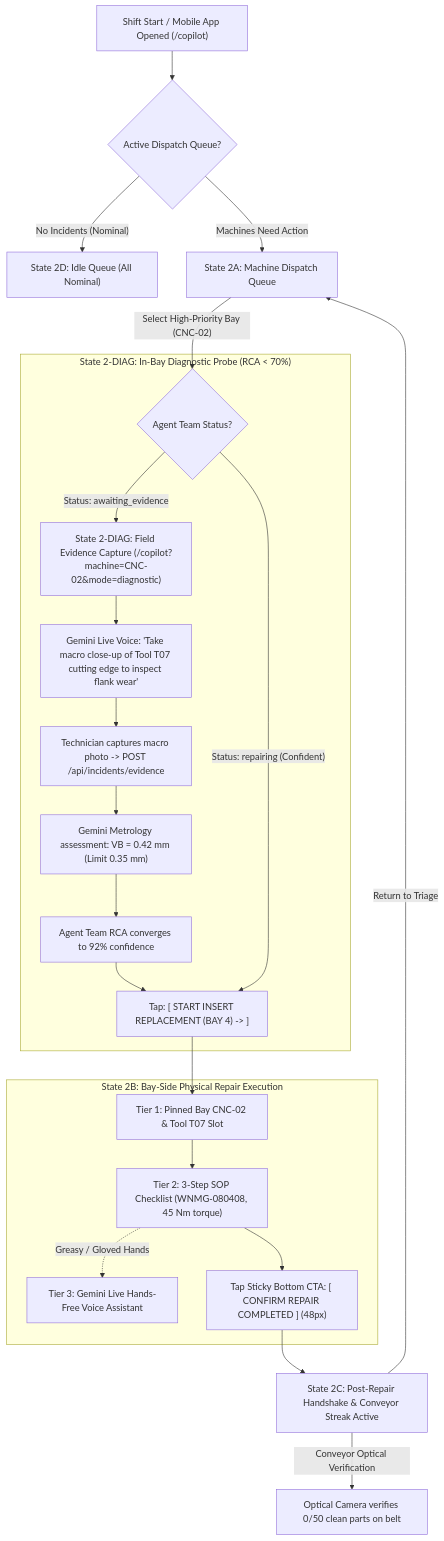
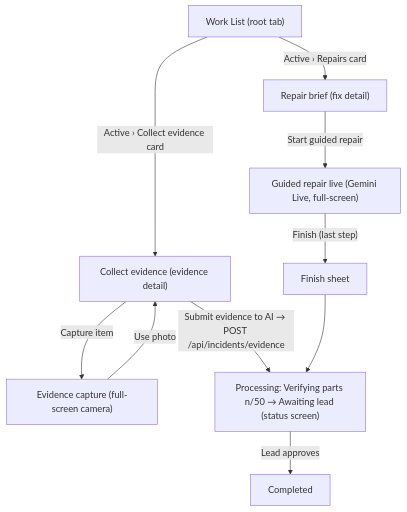
Before and after one commit to vanduc2514/hackathon-builder-cup-manufacturing-anomaly: the diagram in docs/wireframes/02_technician_copilot.md, drawn with Mermaid. The commit also changed other lines of this file and 7 other files, not shown here.

````diff
--- a/docs/wireframes/02_technician_copilot.md
+++ b/docs/wireframes/02_technician_copilot.md
@@ -16,28 +15,12 @@
 ```mermaid
 flowchart TD
-    A["Shift Start / Mobile App Opened (/copilot)"] --> B{"Active Dispatch Queue?"}
-    B -->|"No Incidents (Nominal)"| C["State 2D: Idle Queue (All Nominal)"]
-    B -->|"Machines Need Action"| D["State 2A: Machine Dispatch Queue"]
-    D -->|"Select High-Priority Bay (CNC-02)"| E{"Agent Team Status?"}
-    
-    subgraph S2_DIAG ["State 2-DIAG: In-Bay Diagnostic Probe (RCA < 70%)"]
-        E -->|"Status: awaiting_evidence"| F["State 2-DIAG: Field Evidence Capture (/copilot?machine=CNC-02&mode=diagnostic)"]
-        F --> F1["Gemini Live Voice: 'Take macro close-up of Tool T07 cutting edge to inspect flank wear'"]
-        F1 --> F2["Technician captures macro photo -> POST /api/incidents/evidence"]
-        F2 --> F3["Gemini Metrology assessment: VB = 0.42 mm (Limit 0.35 mm)"]
-        F3 --> F4["Agent Team RCA converges to 92% confidence"]
-        F4 --> G["Tap: [ START INSERT REPLACEMENT (BAY 4) -> ]"]
-    end
-    
-    subgraph S2B ["State 2B: Bay-Side Physical Repair Execution"]
-        E -->|"Status: repairing (Confident)"| G
-        G --> H1["Tier 1: Pinned Bay CNC-02 & Tool T07 Slot"]
-        H1 --> H2["Tier 2: 3-Step SOP Checklist (WNMG-080408, 45 Nm torque)"]
-        H2 -.->|"Greasy / Gloved Hands"| H3["Tier 3: Gemini Live Hands-Free Voice Assistant"]
-        H2 --> H4["Tap Sticky Bottom CTA: [ CONFIRM REPAIR COMPLETED ] (48px)"]
-    end
-    
-    H4 --> I["State 2C: Post-Repair Handshake & Conveyor Streak Active"]
-    I -->|"Conveyor Optical Verification"| J["Optical Camera verifies 0/50 clean parts on belt"]
-    I -->|"Return to Triage"| D
+    A["Work List (root tab)"] -->|"Active › Collect evidence card"| B["Collect evidence (evidence detail)"]
+    B -->|"Capture item"| C["Evidence capture (full-screen camera)"]
+    C -->|"Use photo"| B
+    B -->|"Submit evidence to AI → POST /api/incidents/evidence"| P
+    A -->|"Active › Repairs card"| D["Repair brief (fix detail)"]
+    D -->|"Start guided repair"| E["Guided repair live (Gemini Live, full-screen)"]
+    E -->|"Finish (last step)"| F["Finish sheet"]
+    F --> P["Processing: Verifying parts n/50 → Awaiting lead (status screen)"]
+    P -->|"Lead approves"| G["Completed"]
 ```
````
